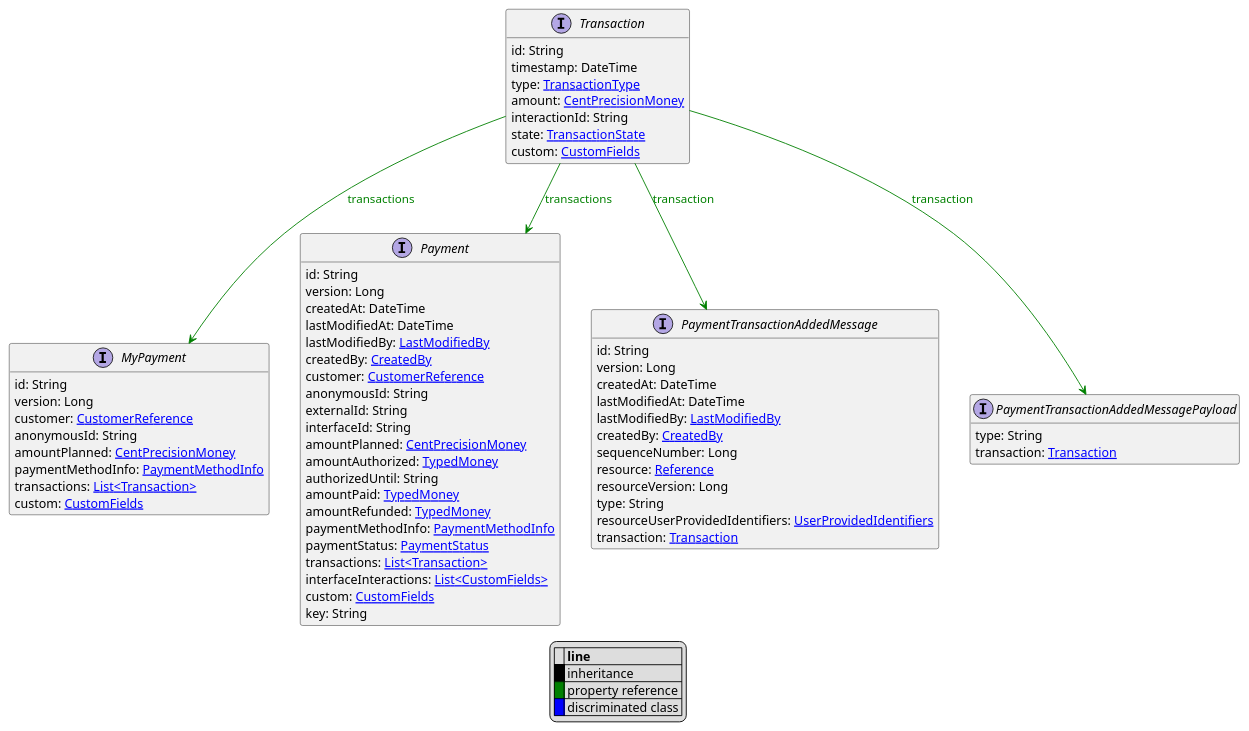
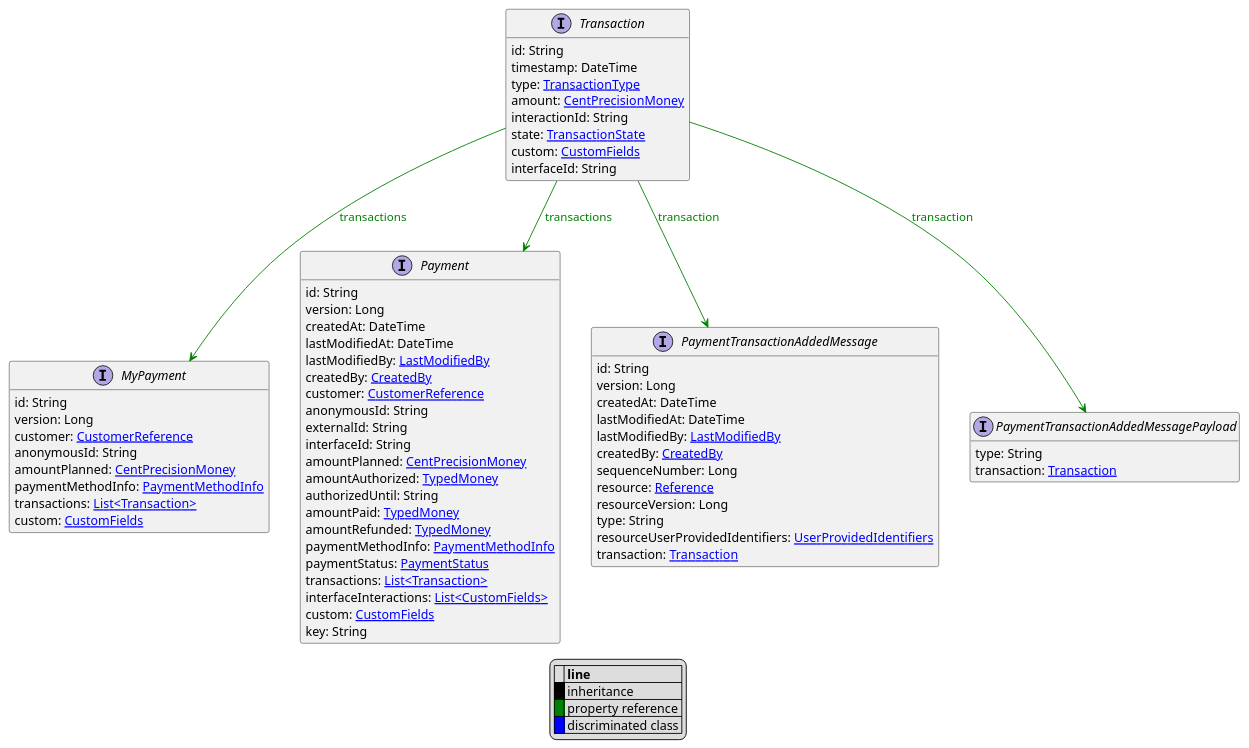
The diagram in uml/api/Transaction.puml (commercetools/commercetools-api-reference), drawn with PlantUML before and after one commit. The commit also changed 33 other files, not shown here.

```diff
--- a/uml/api/Transaction.puml
+++ b/uml/api/Transaction.puml
@@ -1,79 +1,80 @@
 @startuml
 
 hide empty fields
 hide empty methods
 legend
 |= |= line |
 |<back:black>   </back>| inheritance |
 |<back:green>   </back>| property reference |
 |<back:blue>   </back>| discriminated class |
 endlegend
 interface Transaction [[Transaction.svg]]  {
     id: String
     timestamp: DateTime
     type: [[TransactionType.svg TransactionType]]
     amount: [[CentPrecisionMoney.svg CentPrecisionMoney]]
     interactionId: String
     state: [[TransactionState.svg TransactionState]]
     custom: [[CustomFields.svg CustomFields]]
+    interfaceId: String
 }
 
 
 
 interface MyPayment [[MyPayment.svg]]  {
     id: String
     version: Long
     customer: [[CustomerReference.svg CustomerReference]]
     anonymousId: String
     amountPlanned: [[CentPrecisionMoney.svg CentPrecisionMoney]]
     paymentMethodInfo: [[PaymentMethodInfo.svg PaymentMethodInfo]]
     transactions: [[Transaction.svg List<Transaction>]]
     custom: [[CustomFields.svg CustomFields]]
 }
 interface Payment [[Payment.svg]]  {
     id: String
     version: Long
     createdAt: DateTime
     lastModifiedAt: DateTime
     lastModifiedBy: [[LastModifiedBy.svg LastModifiedBy]]
     createdBy: [[CreatedBy.svg CreatedBy]]
     customer: [[CustomerReference.svg CustomerReference]]
     anonymousId: String
     externalId: String
     interfaceId: String
     amountPlanned: [[CentPrecisionMoney.svg CentPrecisionMoney]]
     amountAuthorized: [[TypedMoney.svg TypedMoney]]
     authorizedUntil: String
     amountPaid: [[TypedMoney.svg TypedMoney]]
     amountRefunded: [[TypedMoney.svg TypedMoney]]
     paymentMethodInfo: [[PaymentMethodInfo.svg PaymentMethodInfo]]
     paymentStatus: [[PaymentStatus.svg PaymentStatus]]
     transactions: [[Transaction.svg List<Transaction>]]
     interfaceInteractions: [[CustomFields.svg List<CustomFields>]]
     custom: [[CustomFields.svg CustomFields]]
     key: String
 }
 interface PaymentTransactionAddedMessage [[PaymentTransactionAddedMessage.svg]]  {
     id: String
     version: Long
     createdAt: DateTime
     lastModifiedAt: DateTime
     lastModifiedBy: [[LastModifiedBy.svg LastModifiedBy]]
     createdBy: [[CreatedBy.svg CreatedBy]]
     sequenceNumber: Long
     resource: [[Reference.svg Reference]]
     resourceVersion: Long
     type: String
     resourceUserProvidedIdentifiers: [[UserProvidedIdentifiers.svg UserProvidedIdentifiers]]
     transaction: [[Transaction.svg Transaction]]
 }
 interface PaymentTransactionAddedMessagePayload [[PaymentTransactionAddedMessagePayload.svg]]  {
     type: String
     transaction: [[Transaction.svg Transaction]]
 }
 
 Transaction --> MyPayment #green;text:green : "transactions"
 Transaction --> Payment #green;text:green : "transactions"
 Transaction --> PaymentTransactionAddedMessage #green;text:green : "transaction"
 Transaction --> PaymentTransactionAddedMessagePayload #green;text:green : "transaction"
 @enduml
```
